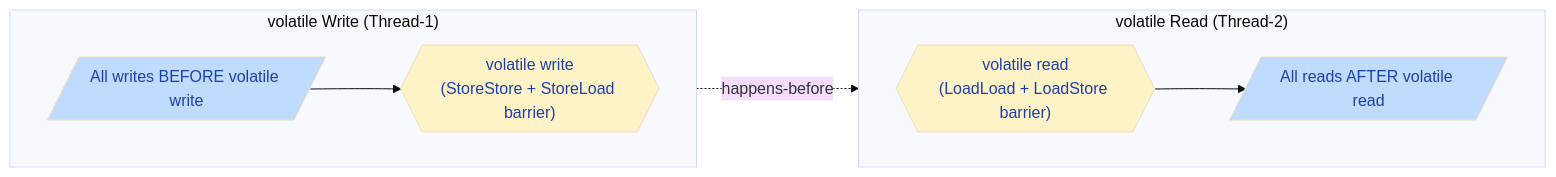
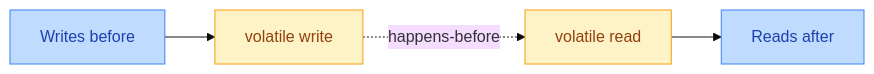
One commit to saivamsikaruturi/vamsilabs-dev-notes-main changed the fourth of 7 diagrams in docs/java/JavaMemoryModel.md. Above: the diagram before and after it, drawn with Mermaid (base theme). The commit also changed other lines of this file and 3 other files, not shown here.

````diff
--- a/docs/java/JavaMemoryModel.md
+++ b/docs/java/JavaMemoryModel.md
@@ -192,19 +192,8 @@
 ```mermaid
 flowchart LR
-    subgraph "volatile Write (Thread-1)"
-        direction LR
-        VW1[/"All writes BEFORE volatile write"/] --> VW2{{"volatile write<br/>(StoreStore + StoreLoad barrier)"}}
-    end
+    VW1["Writes before"]:::before --> VW2["volatile write"]:::fence -.->|"happens-before"| VR1["volatile read"]:::fence --> VR2["Reads after"]:::after
 
-    subgraph "volatile Read (Thread-2)"
-        direction LR
-        VR1{{"volatile read<br/>(LoadLoad + LoadStore barrier)"}} --> VR2[/"All reads AFTER volatile read"/]
-    end
-
-    VW2 -.->|"happens-before"| VR1
-
-    style VW2 fill:#FEF3C7,color:#1E40AF
-    style VR1 fill:#FEF3C7,color:#1E40AF
-    style VW1 fill:#BFDBFE,color:#1E40AF
-    style VR2 fill:#BFDBFE,color:#1E40AF
+    classDef before fill:#BFDBFE,stroke:#3B82F6,color:#1E40AF
+    classDef fence fill:#FEF3C7,stroke:#F59E0B,color:#92400E
+    classDef after fill:#BFDBFE,stroke:#3B82F6,color:#1E40AF
 ```
````
